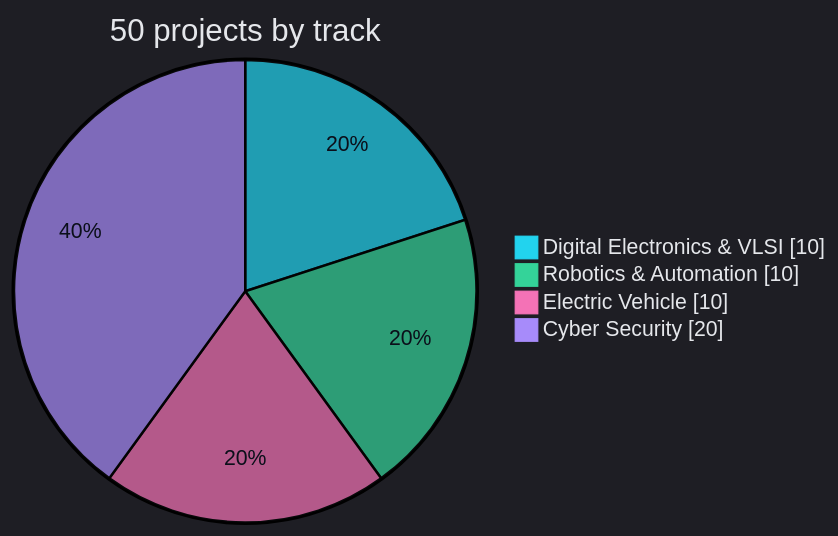
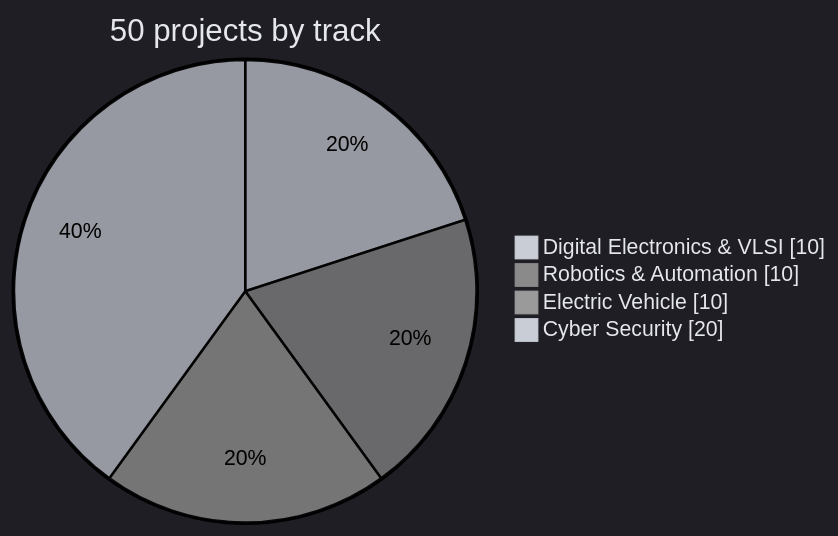
One commit to Eswar5313/Codec-Technologies-Internship-Portfolio-2026 changed the diagram in README.md. Above: the diagram before and after it, drawn with Mermaid. The commit also changed other lines of this file and 1 other file, not shown here.

````diff
--- a/README.md
+++ b/README.md
@@ -45,8 +40,8 @@
 ```mermaid
-%%{init: {'theme':'dark','themeVariables':{'pie1':'#22D3EE','pie2':'#34D399','pie3':'#F472B6','pie4':'#A78BFA','pieTitleTextColor':'#E5E7EB','pieSectionTextColor':'#0B0F1A','pieLegendTextColor':'#E5E7EB'}}}%%
+%%{init: {'theme':'dark','themeVariables':{'pie1':'#C9CDD6','pie2':'#8A8A8A','pie3':'#9A9A9A','pie4':'#C9CDD6','pieTitleTextColor':'#E5E7EB','pieSectionTextColor':'#000000','pieLegendTextColor':'#E5E7EB'}}}%%
 pie showData title 50 projects by track
     "Digital Electronics & VLSI" : 10
     "Robotics & Automation" : 10
     "Electric Vehicle" : 10
     "Cyber Security" : 20
 ```
````
